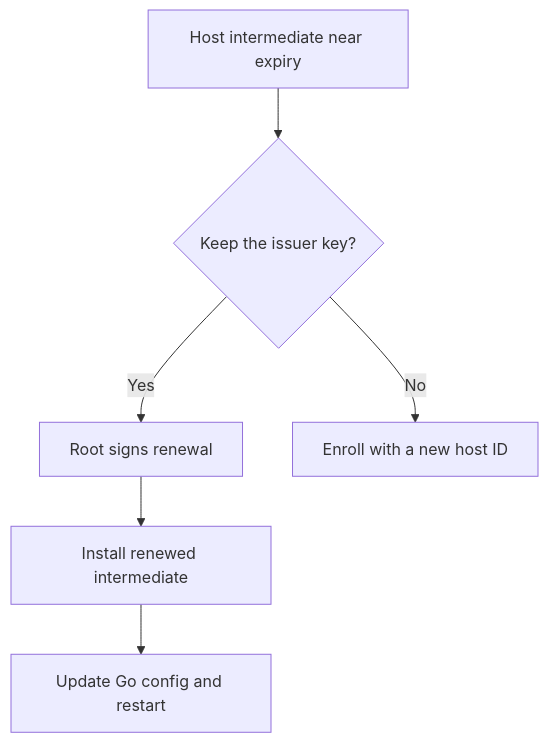
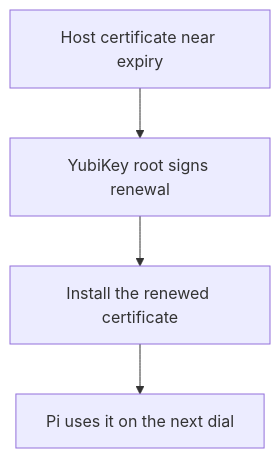
One commit to pineapplehunter/pi-remote-server changed the fourth of 4 diagrams in docs/agent-mtls-plan.md. Above: the diagram before and after it, drawn with Mermaid. The commit also changed other lines of this file and 17 other files, not shown here.

````diff
--- a/docs/agent-mtls-plan.md
+++ b/docs/agent-mtls-plan.md
@@ -86,8 +64,6 @@
 ```mermaid
 flowchart TD
-    H[Host intermediate near expiry] --> K{Keep the issuer key?}
-    K -->|Yes| S[Root signs renewal]
-    K -->|No| N[Enroll with a new host ID]
-    S --> I[Install renewed intermediate]
-    I --> G[Update Go config and restart]
+    H[Host certificate near expiry] --> S[YubiKey root signs renewal]
+    S --> I[Install the renewed certificate]
+    I --> D[Pi uses it on the next dial]
 ```
````
